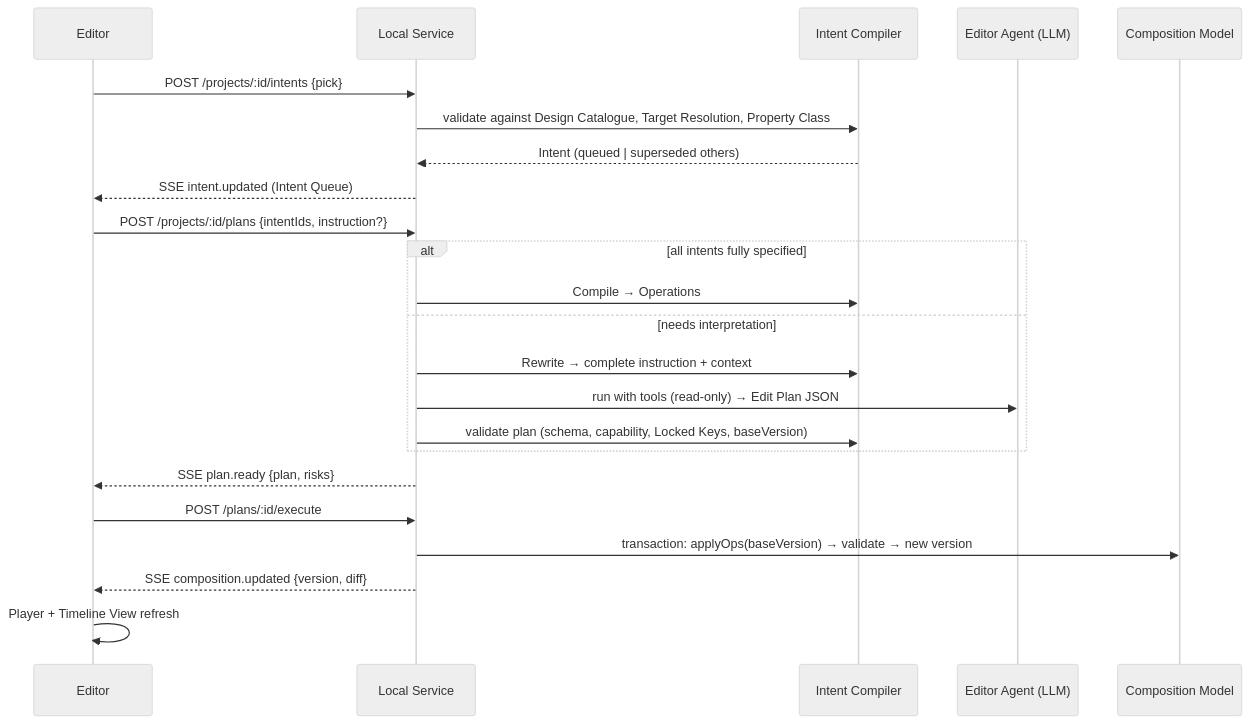
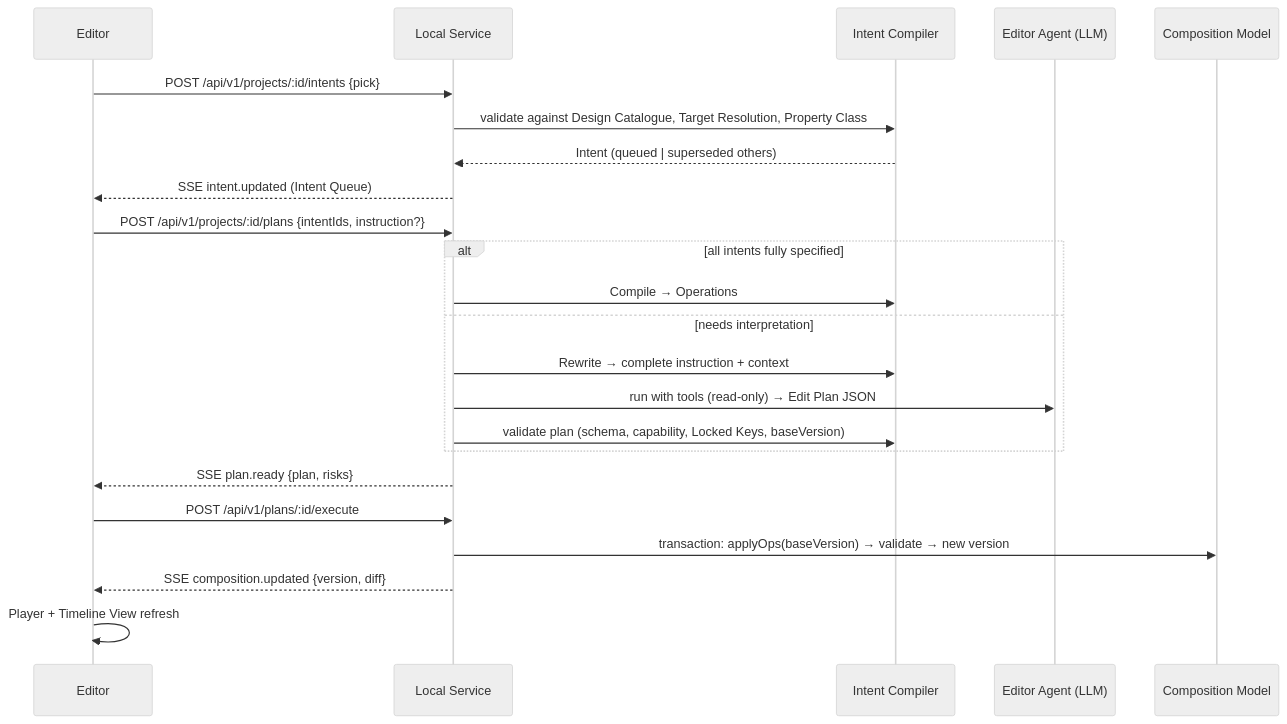
The third of 4 diagrams in docs/ARCHITECTURE.md (andreete/expertmotion), drawn with Mermaid (neutral theme) before and after one commit. The commit also changed other lines of this file and 10 other files, not shown here.

Commit message:
docs: FRD, SRS, error catalogue; blueprint, TRD, API specification; element IDs for undo/redo, history, backup, custom ratio; Piper licence wording

````diff
--- a/docs/ARCHITECTURE.md
+++ b/docs/ARCHITECTURE.md
@@ -120,25 +120,25 @@
 ```mermaid
 sequenceDiagram
   participant UI as Editor
   participant S as Local Service
   participant IC as Intent Compiler
   participant EA as Editor Agent (LLM)
   participant CM as Composition Model
-  UI->>S: POST /projects/:id/intents {pick}
+  UI->>S: POST /api/v1/projects/:id/intents {pick}
   S->>IC: validate against Design Catalogue, Target Resolution, Property Class
   IC-->>S: Intent (queued | superseded others)
   S-->>UI: SSE intent.updated (Intent Queue)
-  UI->>S: POST /projects/:id/plans {intentIds, instruction?}
+  UI->>S: POST /api/v1/projects/:id/plans {intentIds, instruction?}
   alt all intents fully specified
     S->>IC: Compile → Operations
   else needs interpretation
     S->>IC: Rewrite → complete instruction + context
     S->>EA: run with tools (read-only) → Edit Plan JSON
     S->>IC: validate plan (schema, capability, Locked Keys, baseVersion)
   end
   S-->>UI: SSE plan.ready {plan, risks}
-  UI->>S: POST /plans/:id/execute
+  UI->>S: POST /api/v1/plans/:id/execute
   S->>CM: transaction: applyOps(baseVersion) → validate → new version
   S-->>UI: SSE composition.updated {version, diff}
   UI->>UI: Player + Timeline View refresh
 ```
````
